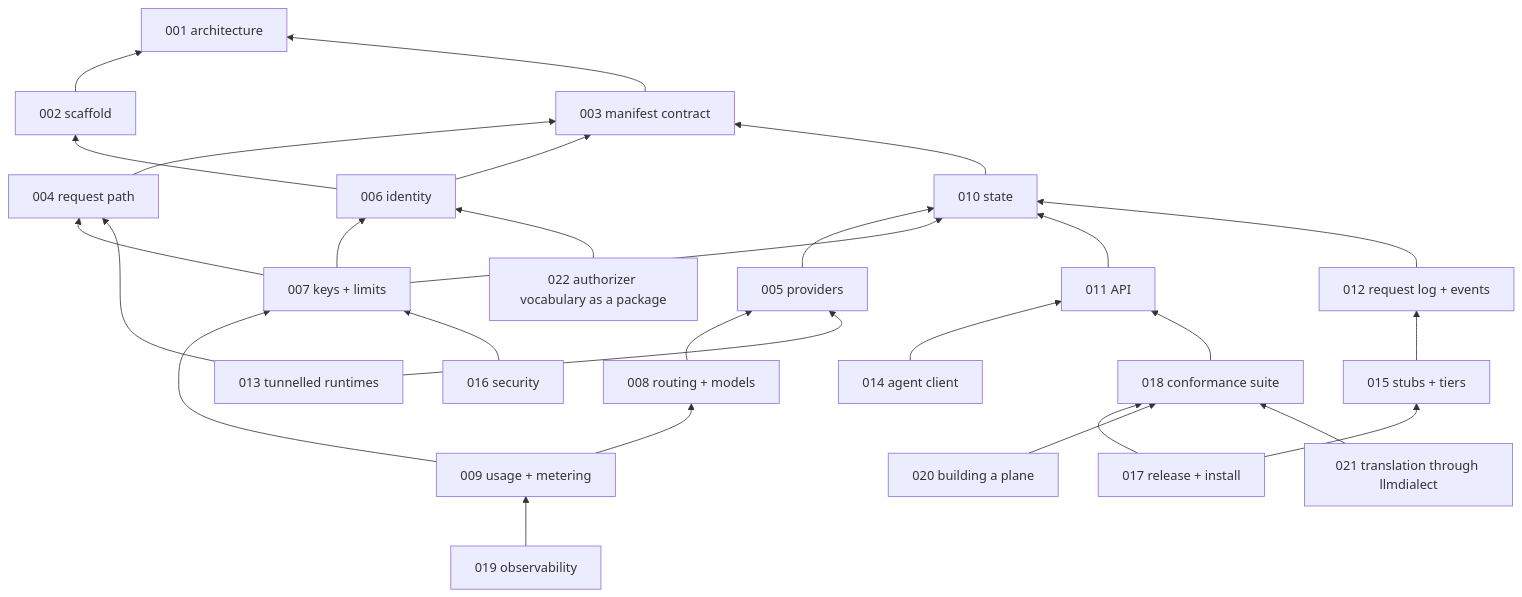
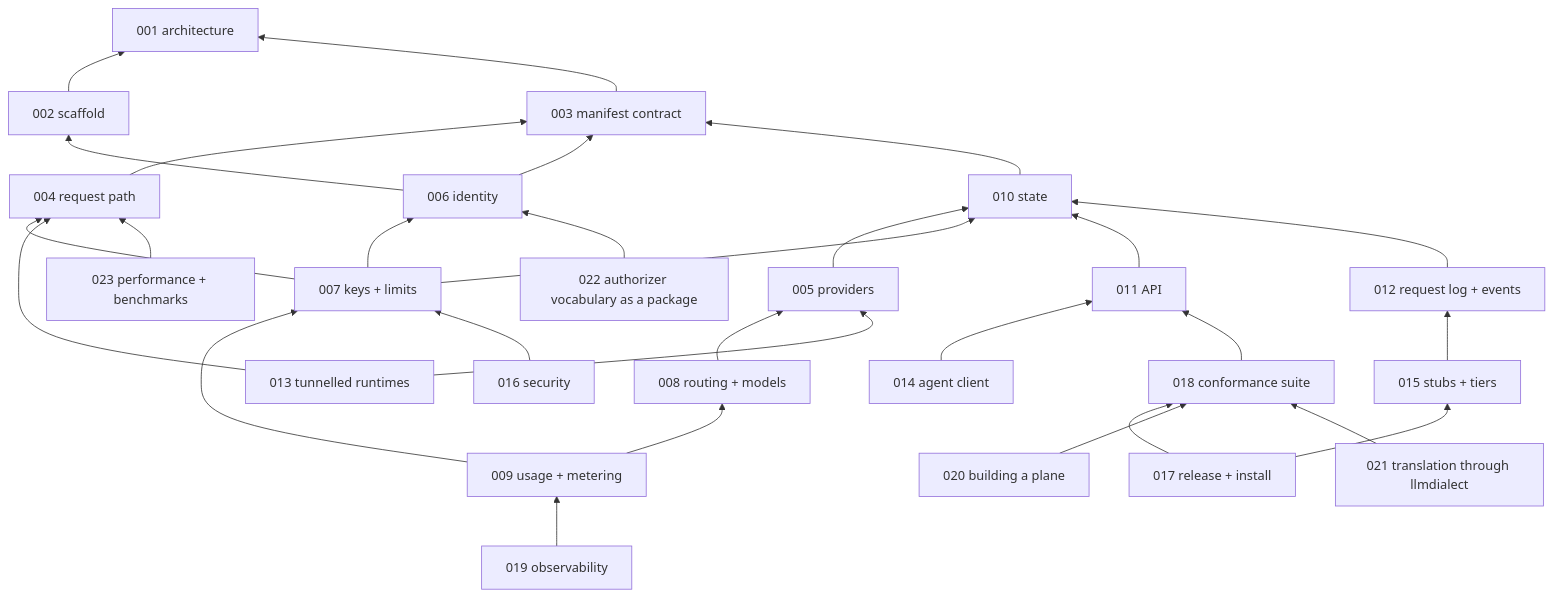
One commit to latere-ai/lux changed the second of 2 diagrams in specs/README.md. Above: the diagram before and after it, drawn with Mermaid. The commit also changed other lines of this file and 2 other files, not shown here.

Commit message:
specs: 023 performance and benchmarks, complete
The tree had no benchmarks, so nothing communicated the gateway's runtime
cost. Spec 023 owns the go test -bench benchmarks that measure the
gateway's own overhead in process against a stub upstream, the percentile
latency-and-throughput harness, and docs/performance.md, and documents the
cross-proxy comparison approach as a separate artifact under
benchmarks/compare/. Indexed in the deck and taken to complete with an
Outcome; every acceptance row's benchmark exists and runs. CHANGELOG notes
the new benchmarks and the performance page.

````diff
--- a/specs/README.md
+++ b/specs/README.md
@@ -81,52 +82,54 @@
 ```mermaid
 flowchart BT
   S001[001 architecture]
   S002[002 scaffold]
   S003[003 manifest contract]
   S004[004 request path]
   S005[005 providers]
   S006[006 identity]
   S007[007 keys + limits]
   S008[008 routing + models]
   S009[009 usage + metering]
   S010[010 state]
   S011[011 API]
   S012[012 request log + events]
   S013[013 tunnelled runtimes]
   S014[014 agent client]
   S015[015 stubs + tiers]
   S016[016 security]
   S017[017 release + install]
   S018[018 conformance suite]
   S019[019 observability]
   S020[020 building a plane]
   S021[021 translation through llmdialect]
   S022[022 authorizer vocabulary as a package]
+  S023[023 performance + benchmarks]
   S002 --> S001
   S003 --> S001
   S004 --> S003
   S005 --> S010
   S006 --> S002
   S006 --> S003
   S007 --> S004
   S007 --> S006
   S007 --> S010
   S008 --> S005
   S009 --> S007
   S009 --> S008
   S010 --> S003
   S011 --> S010
   S012 --> S010
   S013 --> S004
   S013 --> S005
   S014 --> S011
   S015 --> S012
   S016 --> S007
   S017 --> S015
   S017 --> S018
   S018 --> S011
   S019 --> S009
   S020 --> S018
   S021 --> S018
   S022 --> S006
+  S023 --> S004
 ```
````
